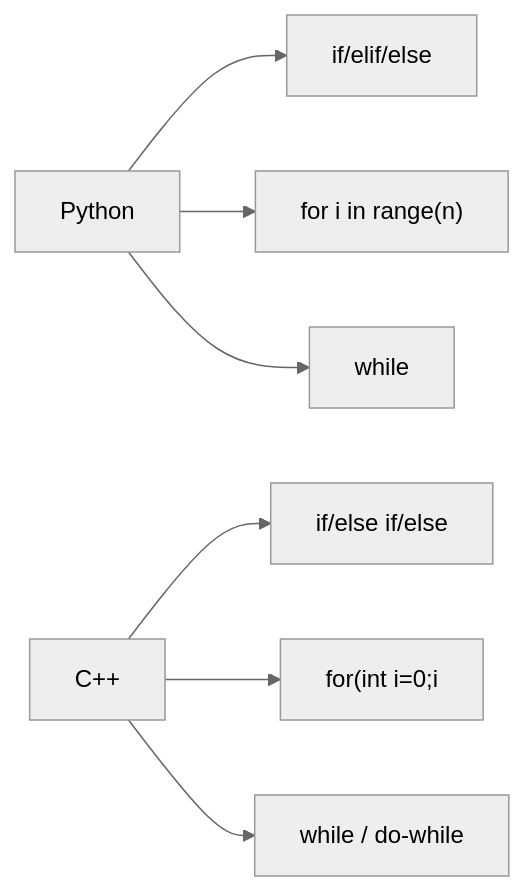
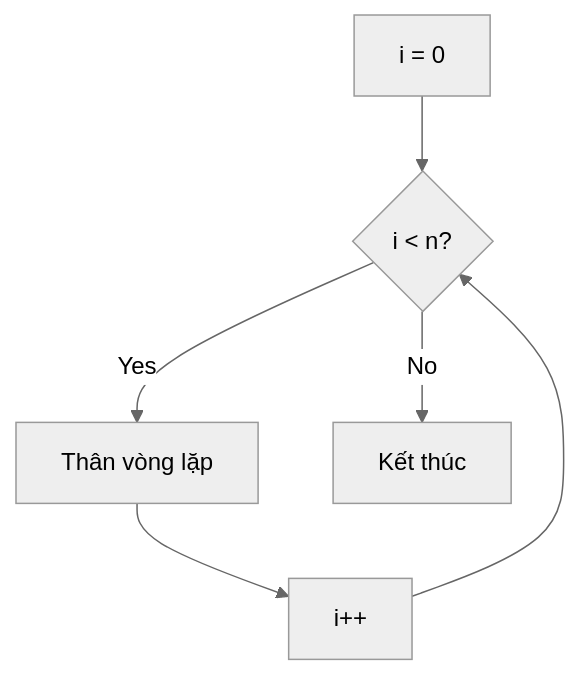
One commit to FPTOJ-OJ/fptoj_wiki changed the second of 5 diagrams in docs/coding/cpp/C03-dieu-kien-vong-lap.md. Above: the diagram before and after it, drawn with Mermaid (neutral theme). The commit also changed other lines of this file and 25 other files, not shown here.

````diff
--- a/docs/coding/cpp/C03-dieu-kien-vong-lap.md
+++ b/docs/coding/cpp/C03-dieu-kien-vong-lap.md
@@ -12,10 +153,8 @@
 ```mermaid
-flowchart LR
-    A["Python"] --> B["if/elif/else"]
-    A --> C["for i in range(n)"]
-    A --> D["while"]
-    
-    E["C++"] --> F["if/else if/else"]
-    E --> G["for(int i=0;i<n;i++)"]
-    E --> H["while / do-while"]
+flowchart TD
+    Start["i = 0"] --> Check{"i < n?"}
+    Check -->|Yes| Body["Thân vòng lặp"]
+    Body --> Inc["i++"]
+    Inc --> Check
+    Check -->|No| End["Kết thúc"]
 ```
````
